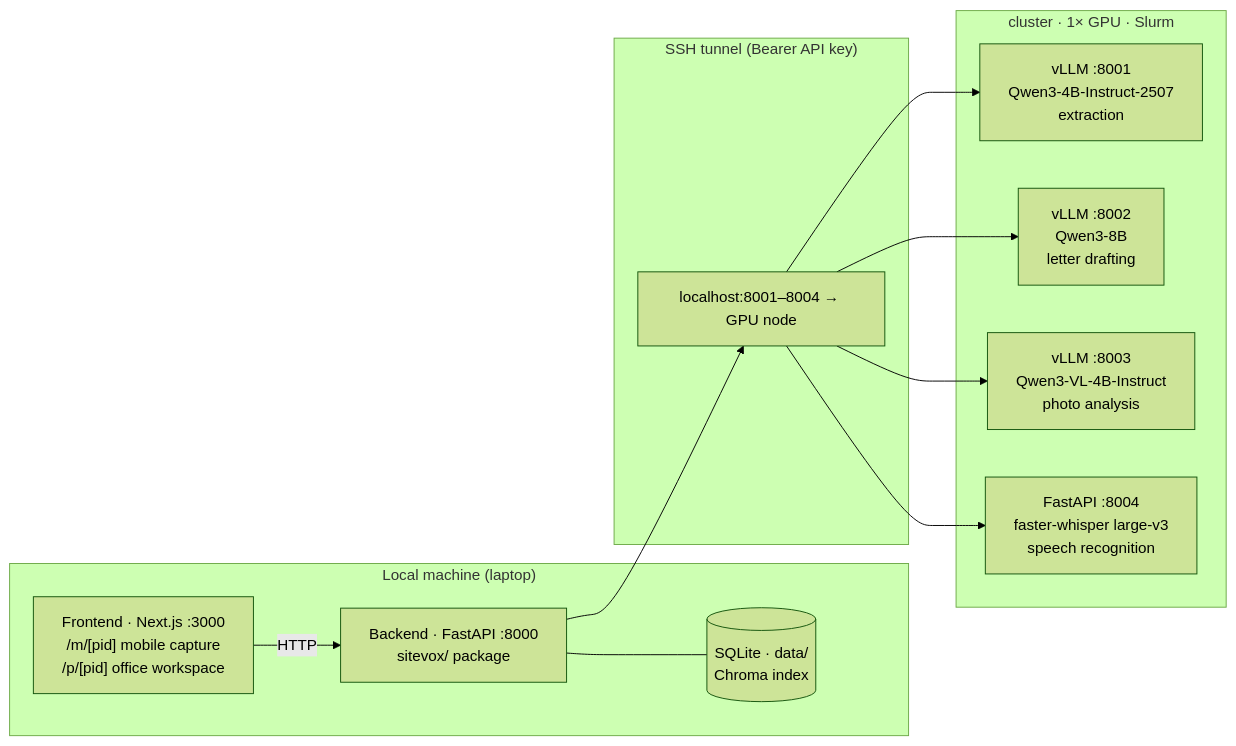
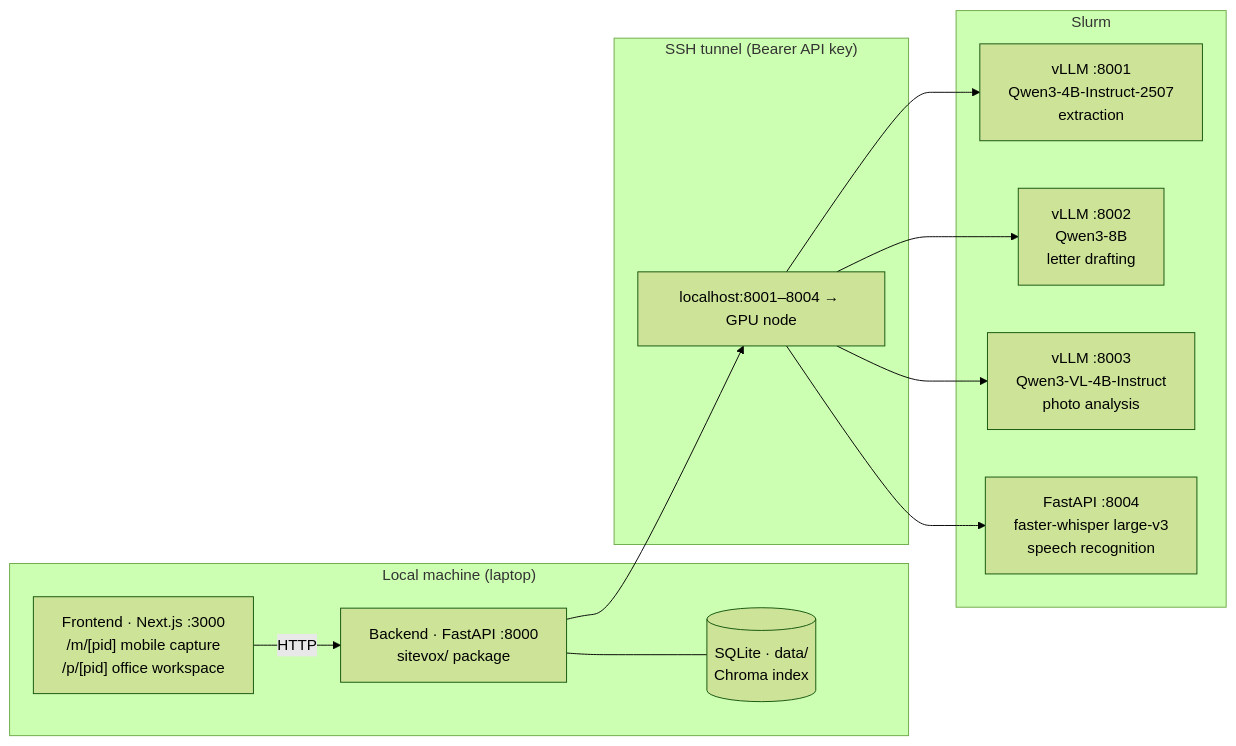
Before and after one commit to vanessafu/SiteVox-site-manager-ai-assisant: the diagram in README.md, drawn with Mermaid (forest theme). The commit also changed other lines of this file, not shown here.

First line of the commit message:
Revise GPU subgraph and tech stack details in README

````diff
--- a/README.md
+++ b/README.md
@@ -34,20 +34,20 @@
 ```mermaid
 flowchart LR
   subgraph Local["Local machine (laptop)"]
     FE["Frontend · Next.js :3000<br/>/m/[pid] mobile capture<br/>/p/[pid] office workspace"]
     BE["Backend · FastAPI :8000<br/>sitevox/ package"]
     DB[("SQLite · data/<br/>Chroma index")]
     FE -- HTTP --> BE
     BE --- DB
   end
   subgraph Tunnel["SSH tunnel (Bearer API key)"]
     T["localhost:8001–8004 → GPU node"]
   end
-  subgraph GPU["cluster · 1× GPU · Slurm"]
+  subgraph GPU["Slurm"]
     X["vLLM :8001<br/>Qwen3-4B-Instruct-2507<br/>extraction"]
     D["vLLM :8002<br/>Qwen3-8B<br/>letter drafting"]
     V["vLLM :8003<br/>Qwen3-VL-4B-Instruct<br/>photo analysis"]
     A["FastAPI :8004<br/>faster-whisper large-v3<br/>speech recognition"]
   end
   BE --> T --> X & D & V & A
 ```
````
